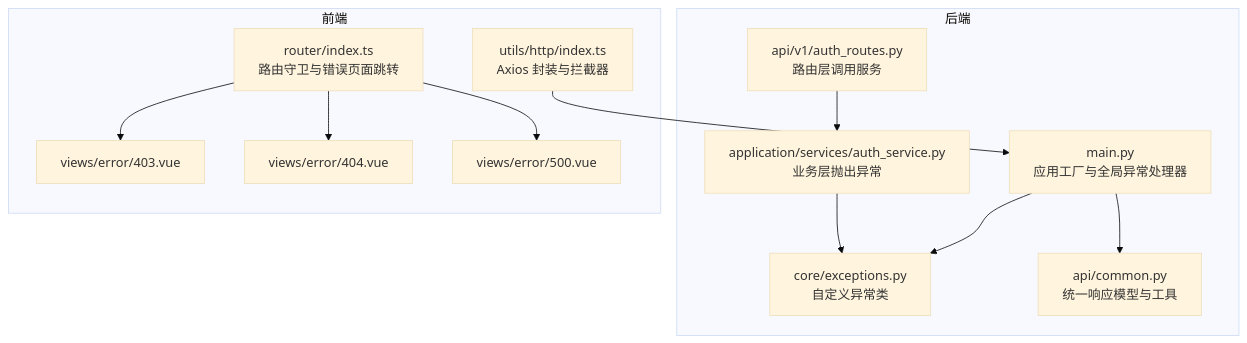
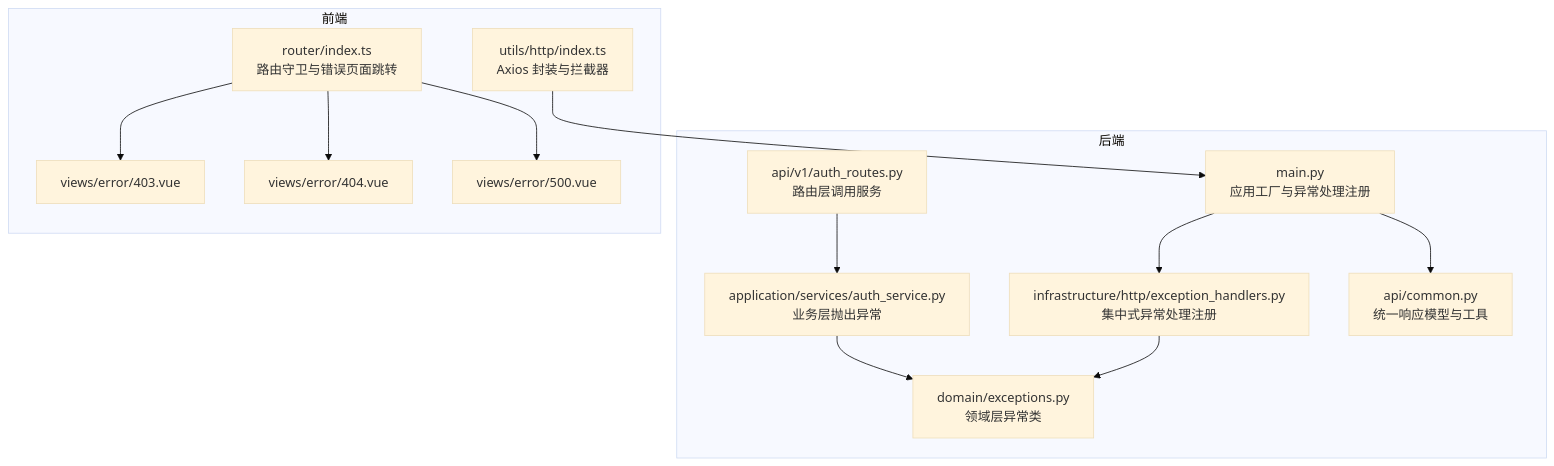
Before and after one commit to taoweidong/Hello-FastApi: the first of 7 diagrams in .qoder/repowiki/zh/content/核心模块/异常处理.md, drawn with Mermaid (base theme). The commit also changed other lines of this file and 61 other files, not shown here.

````diff
--- a/.qoder/repowiki/zh/content/核心模块/异常处理.md
+++ b/.qoder/repowiki/zh/content/核心模块/异常处理.md
@@ -37,24 +47,26 @@
 ```mermaid
 graph TB
 subgraph "后端"
-M["main.py<br/>应用工厂与全局异常处理器"]
-E["core/exceptions.py<br/>自定义异常类"]
-S["application/services/auth_service.py<br/>业务层抛出异常"]
-R["api/v1/auth_routes.py<br/>路由层调用服务"]
-C["api/common.py<br/>统一响应模型与工具"]
+M["main.py<br/>应用工厂与异常处理注册"]
+EH["infrastructure/http/exception_handlers.py<br/>集中式异常处理注册"]
+DE["domain/exceptions.py<br/>领域层异常类"]
+IS["application/services/auth_service.py<br/>业务层抛出异常"]
+AR["api/v1/auth_routes.py<br/>路由层调用服务"]
+AC["api/common.py<br/>统一响应模型与工具"]
 end
 subgraph "前端"
 AX["utils/http/index.ts<br/>Axios 封装与拦截器"]
 RT["router/index.ts<br/>路由守卫与错误页面跳转"]
 V403["views/error/403.vue"]
 V404["views/error/404.vue"]
 V500["views/error/500.vue"]
 end
-R --> S --> E
-M --> E
-M --> C
+AR --> IS --> DE
+M --> EH
+EH --> DE
+M --> AC
 AX --> M
 RT --> V403
 RT --> V404
 RT --> V500
 ```
````
